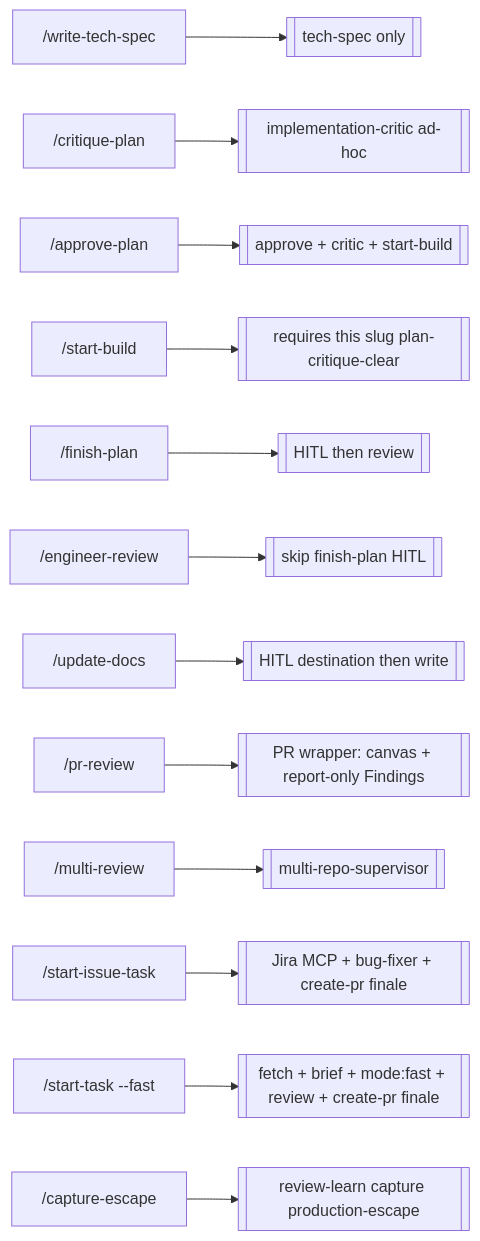
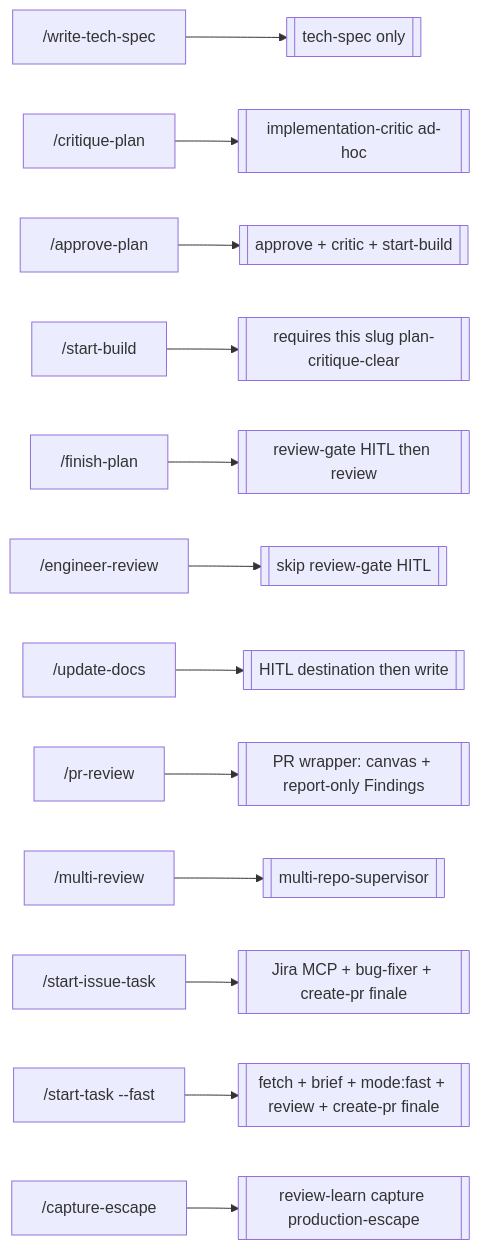
The tenth of 13 diagrams in docs/superpowers/pipeline-flow.md (a-trembak/cursor-spells), drawn with Mermaid before and after one commit. The commit also changed other lines of this file and 5 other files, not shown here.

First line of the commit message:
docs(pipeline): name post-build HITL review-gate and show cycles

````diff
--- a/docs/superpowers/pipeline-flow.md
+++ b/docs/superpowers/pipeline-flow.md
@@ -372,15 +444,15 @@
 ```mermaid
 flowchart LR
   writeSpec["/write-tech-spec"] --> techOnly[["tech-spec only"]]
   critique["/critique-plan"] --> criticOnly[["implementation-critic ad-hoc"]]
   approve["/approve-plan"] --> approveFlow[["approve + critic + start-build"]]
   build["/start-build"] --> buildOnly[["requires this slug plan-critique-clear"]]
-  finish["/finish-plan"] --> finishFlow[["HITL then review"]]
-  eng["/engineer-review"] --> reviewDirect[["skip finish-plan HITL"]]
+  finish["/finish-plan"] --> finishFlow[["review-gate HITL then review"]]
+  eng["/engineer-review"] --> reviewDirect[["skip review-gate HITL"]]
   docs["/update-docs"] --> docsFlow[["HITL destination then write"]]
   pr["/pr-review"] --> prWrap[["PR wrapper: canvas + report-only Findings"]]
   multi["/multi-review"] --> multiDirect[["multi-repo-supervisor"]]
   issue["/start-issue-task"] --> issuePipe[["Jira MCP + bug-fixer + create-pr finale"]]
   fast["/start-task --fast"] --> fastPipe[["fetch + brief + mode:fast + review + create-pr finale"]]
   escape["/capture-escape"] --> learnPipe[["review-learn capture production-escape"]]
 ```
````
